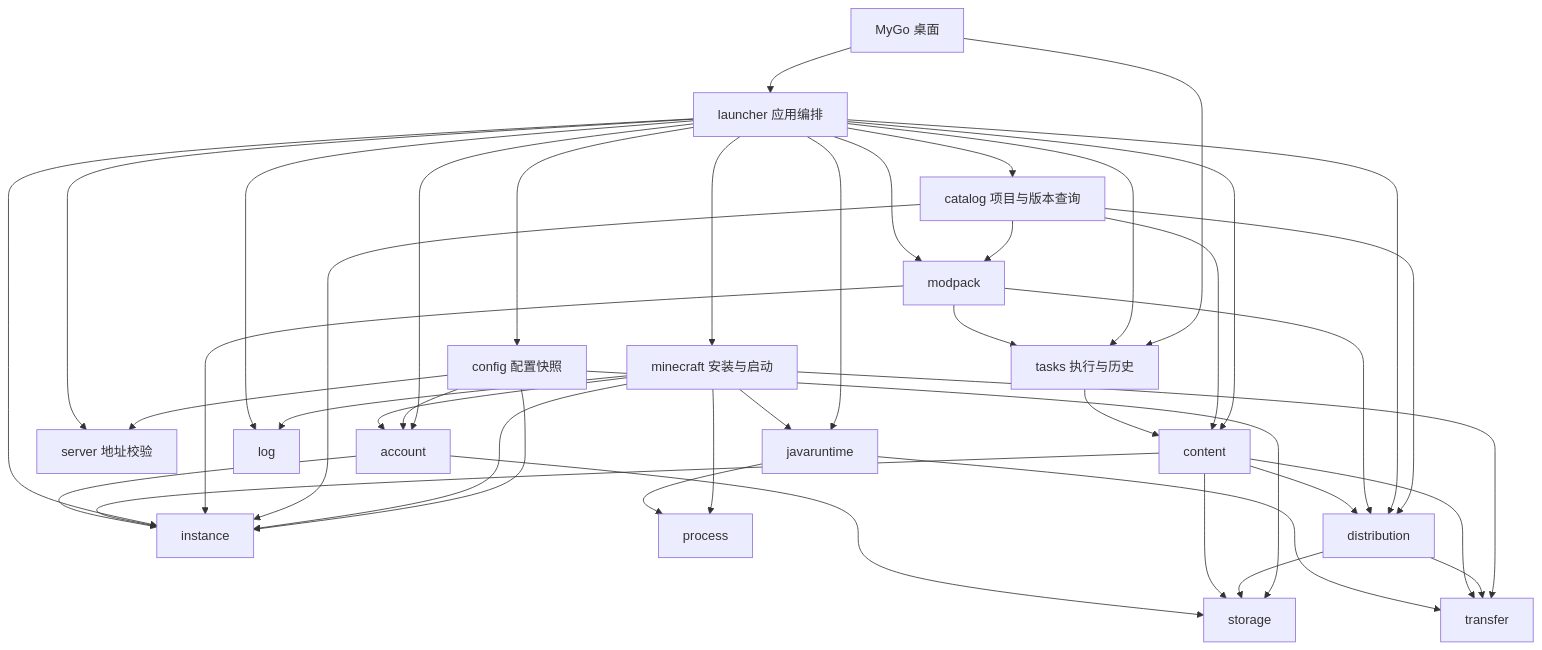
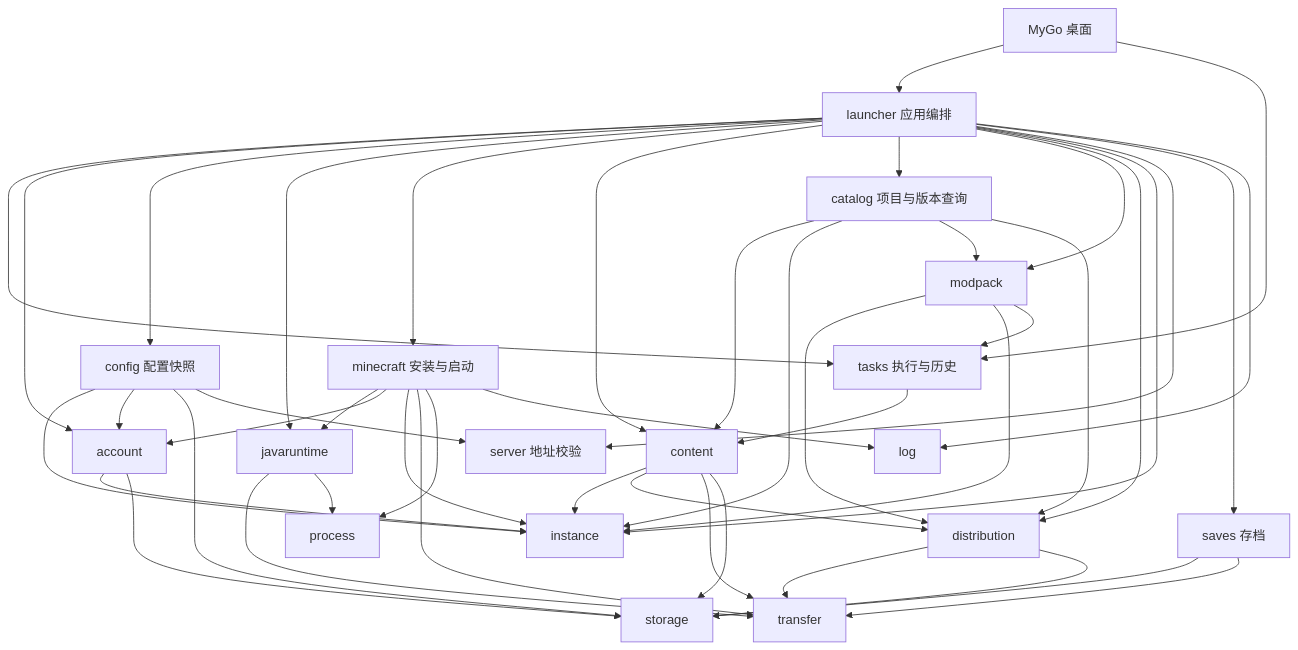
One commit to CAUCraft/LXMCL changed the diagram in docs/architecture.md. Above: the diagram before and after it, drawn with Mermaid. The commit also changed other lines of this file and 10 other files, not shown here.

````diff
--- a/docs/architecture.md
+++ b/docs/architecture.md
@@ -30,45 +30,48 @@
 ```mermaid
 flowchart TD
     UI[MyGo 桌面] --> Launcher[launcher 应用编排]
     UI --> Tasks[tasks 执行与历史]
     Launcher --> Tasks
     Launcher --> Account[account]
     Launcher --> Config[config 配置快照]
     Config --> Instance
     Config --> Account
     Config --> Storage
     Config --> Server[server 地址校验]
     Launcher --> Java[javaruntime]
     Launcher --> Minecraft[minecraft 安装与启动]
     Minecraft --> Java
     Minecraft --> Account
     Minecraft --> Instance
     Minecraft --> Transfer
     Minecraft --> Process
     Minecraft --> Logs
     Launcher --> Content[content]
     Launcher --> Catalog[catalog 项目与版本查询]
     Catalog --> Content
     Catalog --> Instance
     Catalog --> Modpack
     Catalog --> Distribution
     Launcher --> Modpack[modpack]
     Launcher --> Distribution[distribution]
     Modpack --> Distribution
     Modpack --> Instance
     Modpack --> Tasks
     Distribution --> Transfer
     Distribution --> Storage
     Launcher --> Instance[instance]
     Launcher --> Server
+    Launcher --> Saves[saves 存档]
+    Saves --> Storage
+    Saves --> Transfer
     Tasks --> Content
     Content --> Instance
     Content --> Distribution
     Content --> Transfer[transfer]
     Content --> Storage
     Java --> Transfer
     Java --> Process[process]
     Account --> Instance
     Account --> Storage[storage]
     Launcher --> Logs[log]
 ```
````
